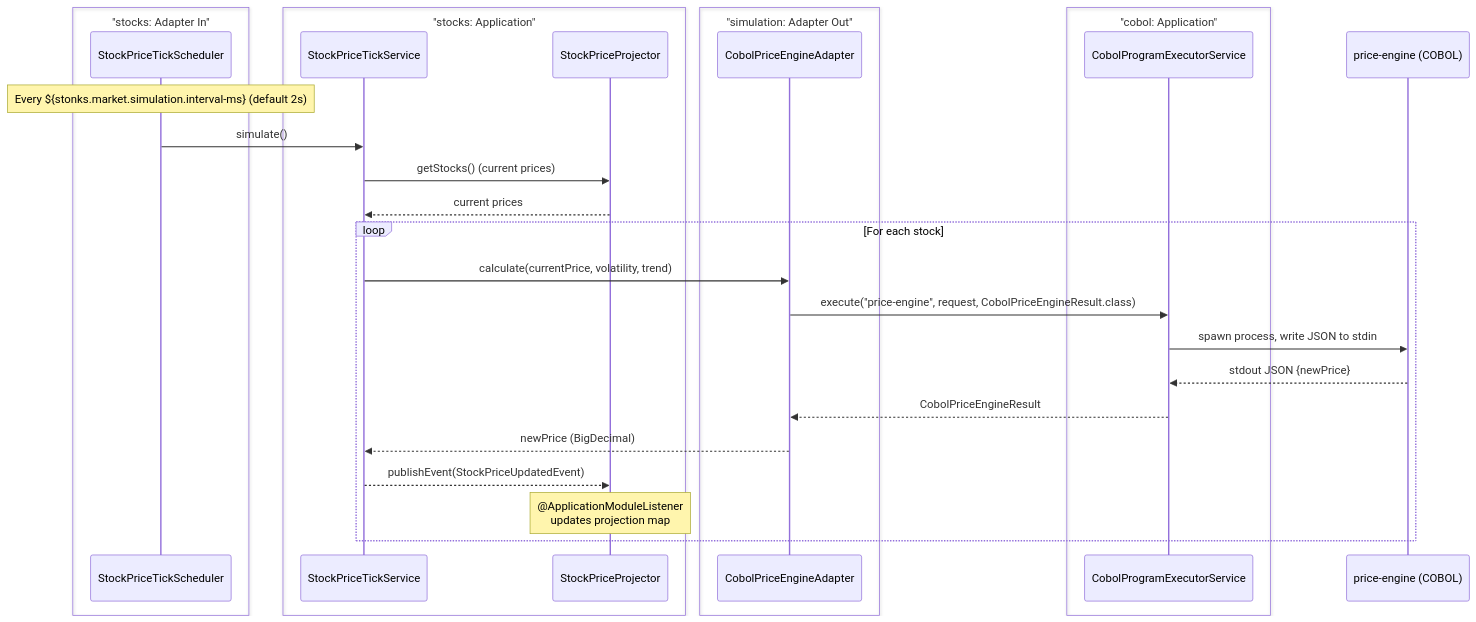
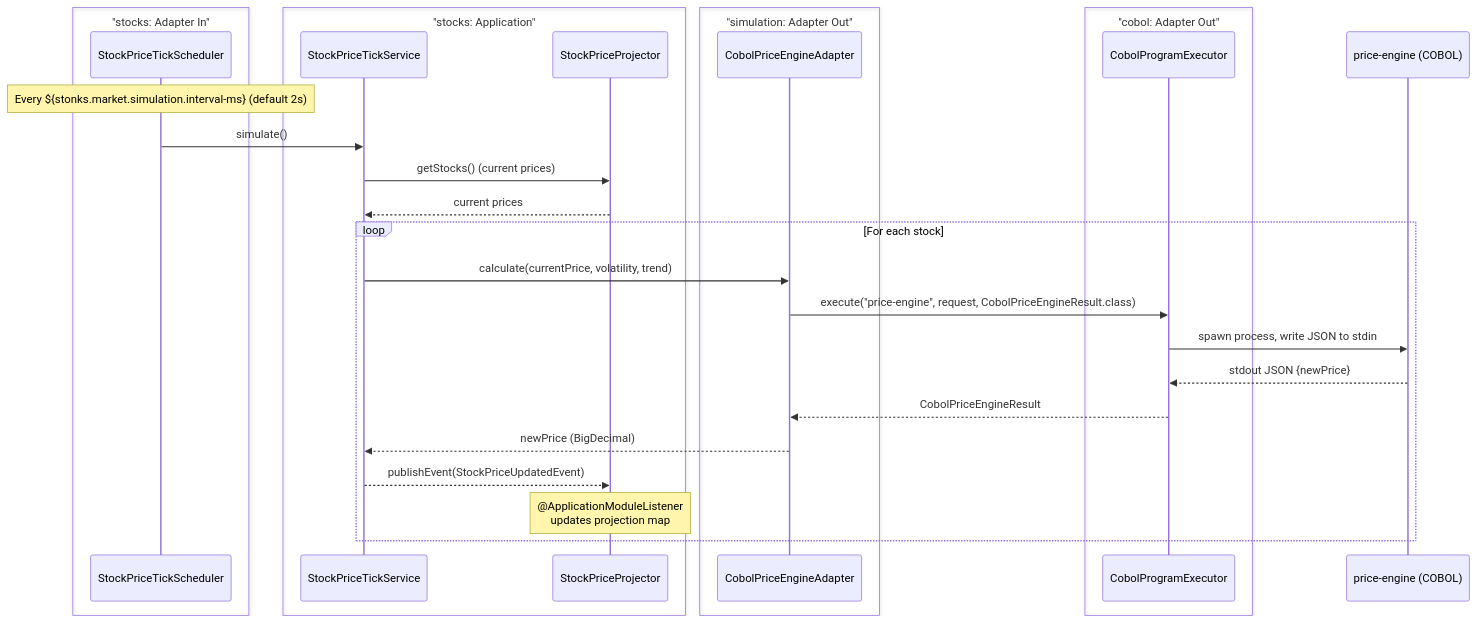
The sixth of 7 diagrams in stonks_java/README.md (franBec/stonks-simulator), drawn with Mermaid before and after one commit. The commit also changed other lines of this file and 9 other files, not shown here.

First line of the commit message:
Fix modulith module boundaries for cobol/config and update README diagrams

````diff
--- a/stonks_java/README.md
+++ b/stonks_java/README.md
@@ -192,32 +191,32 @@
 ```mermaid
 sequenceDiagram
     box "stocks: Adapter In"
     participant Sched as StockPriceTickScheduler
     end
     box "stocks: Application"
     participant SC as StockPriceTickService
     participant SPP as StockPriceProjector
     end
     box "simulation: Adapter Out"
     participant CPEA as CobolPriceEngineAdapter
     end
-    box "cobol: Application"
-    participant CPE as CobolProgramExecutorService
+    box "cobol: Adapter Out"
+    participant CPE as CobolProgramExecutor
     end
     participant COBOL as price-engine (COBOL)
 
     Note over Sched: Every ${stonks.market.simulation.interval-ms} (default 2s)
     Sched->>SC: simulate()
     SC->>SPP: getStocks() (current prices)
     SPP-->>SC: current prices
     loop For each stock
         SC->>CPEA: calculate(currentPrice, volatility, trend)
         CPEA->>CPE: execute("price-engine", request, CobolPriceEngineResult.class)
         CPE->>COBOL: spawn process, write JSON to stdin
         COBOL-->>CPE: stdout JSON {newPrice}
         CPE-->>CPEA: CobolPriceEngineResult
         CPEA-->>SC: newPrice (BigDecimal)
         SC-->>SPP: publishEvent(StockPriceUpdatedEvent)
         Note over SPP: @ApplicationModuleListener<br/>updates projection map
     end
 ```
````
